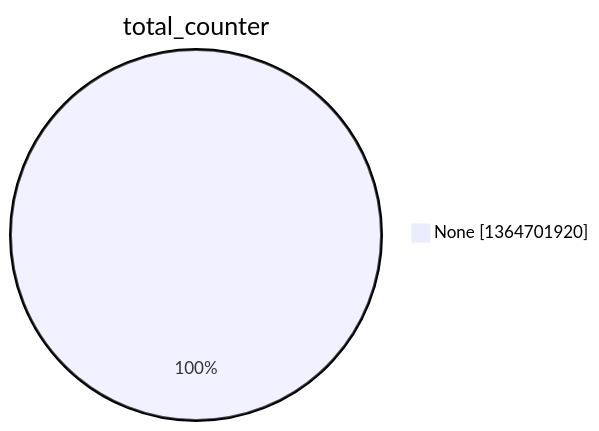
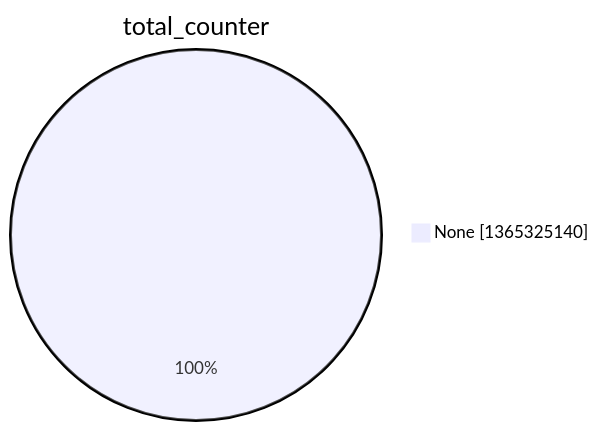
Before and after one commit to christiankrug/ctmonitor_visualization: the second of 15 diagrams in argon2022/README.md, drawn with Mermaid. The commit also changed other lines of this file, not shown here.

````diff
--- a/argon2022/README.md
+++ b/argon2022/README.md
@@ -9,5 +9,5 @@
 ```mermaid
 pie showData
 title total_counter
-"None" :1364701920
+"None" :1365325140
 ```
````
